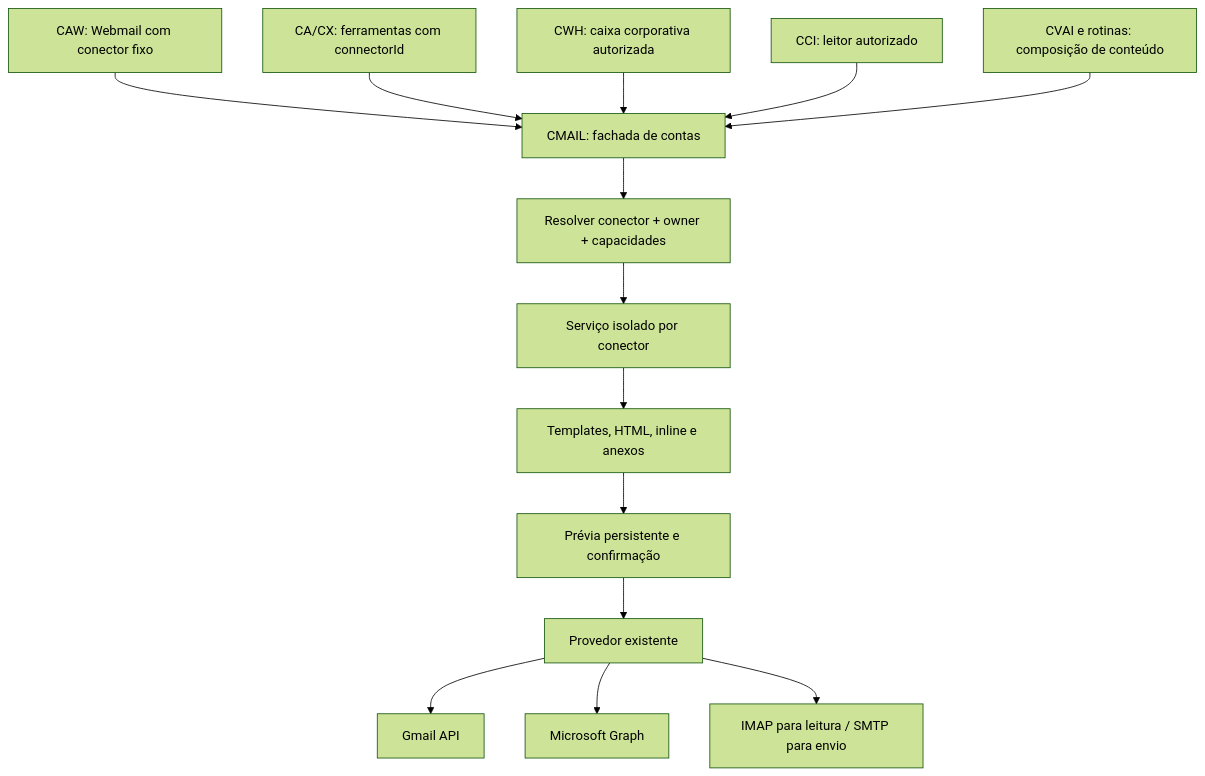
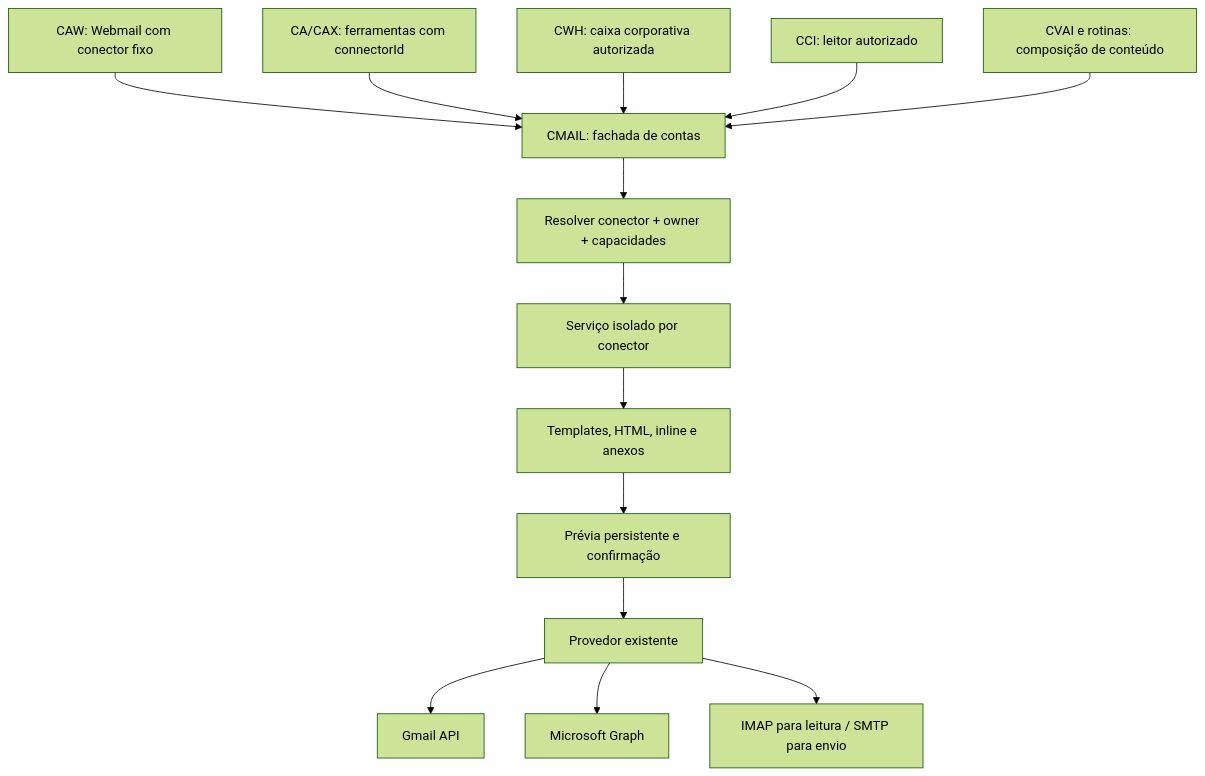
One commit to impactro/CMAIL changed the diagram in docs/named-connectors-proposal.md. Above: the diagram before and after it, drawn with Mermaid (forest theme). The commit also changed other lines of this file and 1 other file, not shown here.

Commit message:
docs(cmail): align proposal and remaining tasks with CAX naming

````diff
--- a/docs/named-connectors-proposal.md
+++ b/docs/named-connectors-proposal.md
@@ -40,16 +40,16 @@
 ```mermaid
 flowchart TD
     W[CAW: Webmail com conector fixo] --> F[CMAIL: fachada de contas]
-    X[CA/CX: ferramentas com connectorId] --> F
+    X[CA/CAX: ferramentas com connectorId] --> F
     H[CWH: caixa corporativa autorizada] --> F
     R[CCI: leitor autorizado] --> F
     V[CVAI e rotinas: composição de conteúdo] --> F
     F --> A[Resolver conector + owner + capacidades]
     A --> S[Serviço isolado por conector]
     S --> T[Templates, HTML, inline e anexos]
     T --> D[Prévia persistente e confirmação]
     D --> P[Provedor existente]
     P --> G[Gmail API]
     P --> M[Microsoft Graph]
     P --> I[IMAP para leitura / SMTP para envio]
 ```
````
